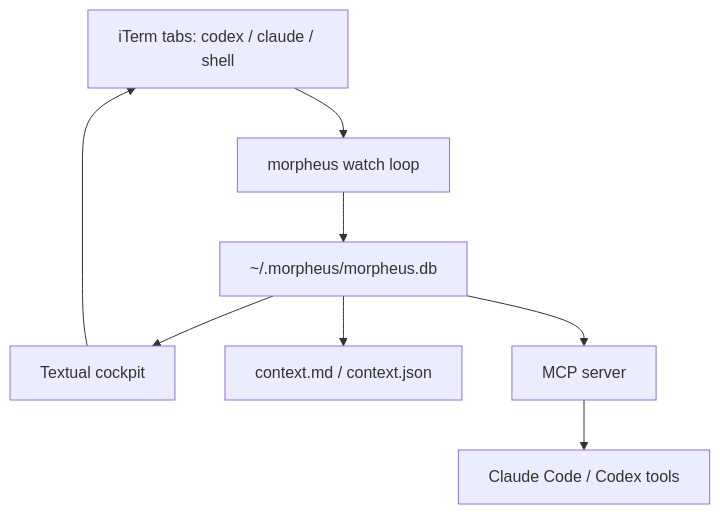
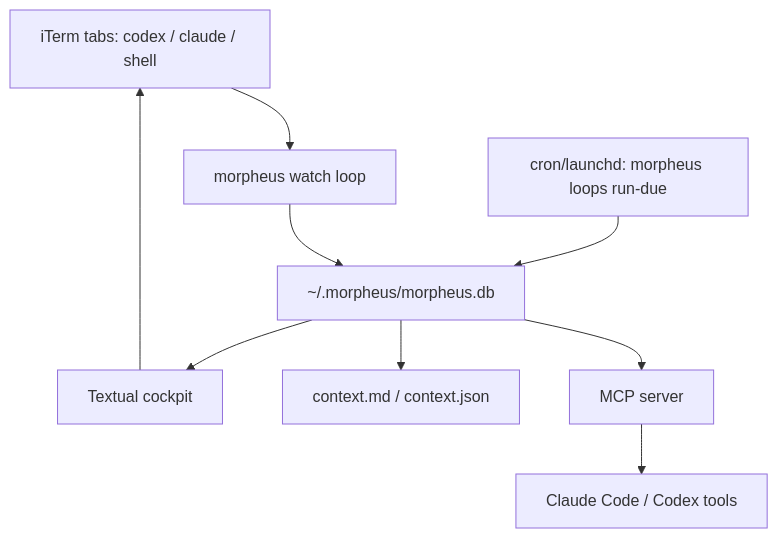
Before and after one commit to fabianbaier/morpheus: the diagram in README.md, drawn with Mermaid. The commit also changed other lines of this file and 10 other files, not shown here.

````diff
--- a/README.md
+++ b/README.md
@@ -121,10 +125,11 @@
 ```mermaid
 flowchart TD
     I["iTerm tabs: codex / claude / shell"] --> W["morpheus watch loop"]
+    L["cron/launchd: morpheus loops run-due"] --> D
     W --> D["~/.morpheus/morpheus.db"]
     D --> C["Textual cockpit"]
     D --> X["context.md / context.json"]
     D --> M["MCP server"]
     C --> I
     M --> A["Claude Code / Codex tools"]
 ```
````
